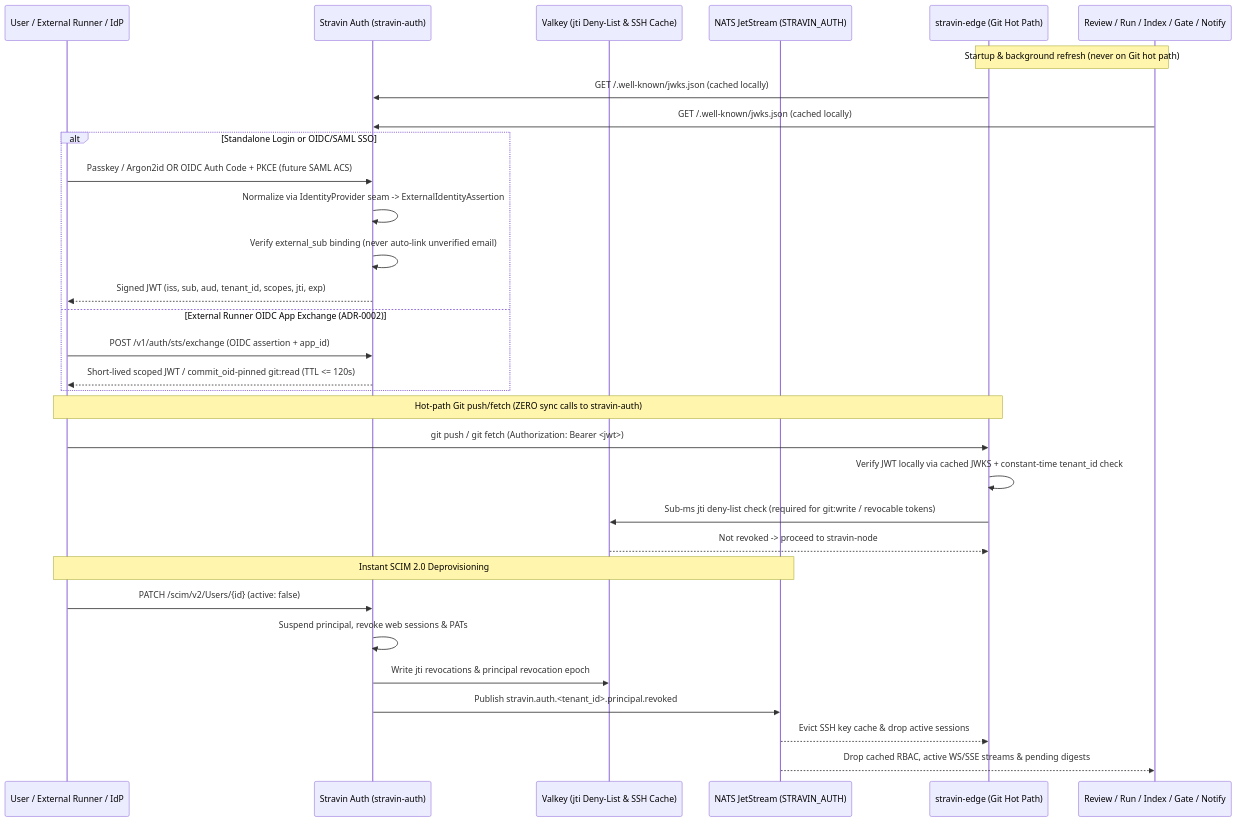
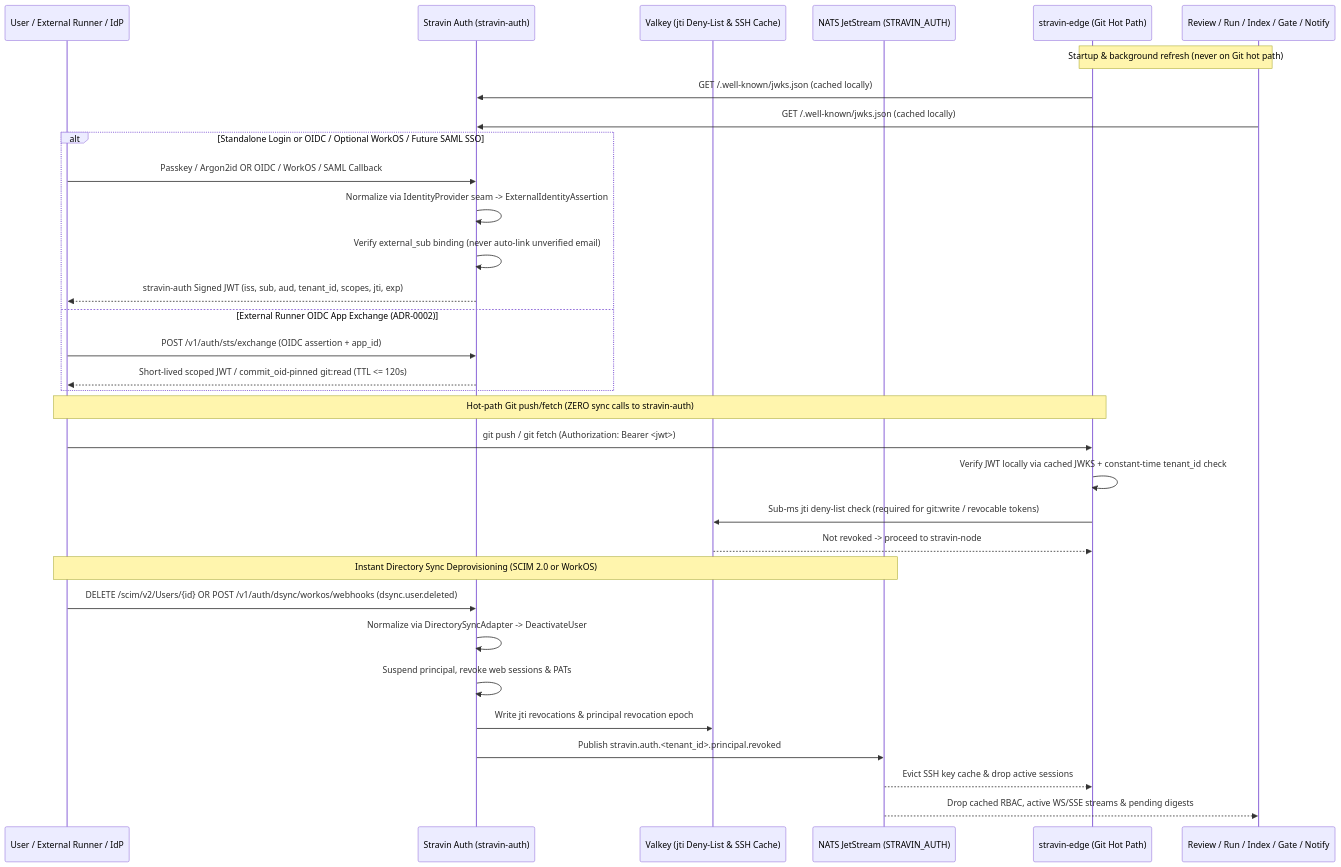
The diagram in docs/interfaces/platform-auth.md (stravin-dev/architecture), drawn with Mermaid before and after one commit. The commit also changed other lines of this file and 1 other file, not shown here.

Commit message:
docs: add DirectorySyncAdapter seam and optional WorkOS adapter to ADR-0003 and platform-auth

````diff
--- a/docs/interfaces/platform-auth.md
+++ b/docs/interfaces/platform-auth.md
@@ -20,37 +20,38 @@
 ```mermaid
 sequenceDiagram
     participant User as User / External Runner / IdP
     participant Auth as Stravin Auth (stravin-auth)
     participant Valkey as Valkey (jti Deny-List & SSH Cache)
     participant NATS as NATS JetStream (STRAVIN_AUTH)
     participant Edge as stravin-edge (Git Hot Path)
     participant Products as Review / Run / Index / Gate / Notify
 
     Note over Edge,Products: Startup & background refresh (never on Git hot path)
     Edge->>Auth: GET /.well-known/jwks.json (cached locally)
     Products->>Auth: GET /.well-known/jwks.json (cached locally)
 
-    alt Standalone Login or OIDC/SAML SSO
-        User->>Auth: Passkey / Argon2id OR OIDC Auth Code + PKCE (future SAML ACS)
+    alt Standalone Login or OIDC / Optional WorkOS / Future SAML SSO
+        User->>Auth: Passkey / Argon2id OR OIDC / WorkOS / SAML Callback
         Auth->>Auth: Normalize via IdentityProvider seam -> ExternalIdentityAssertion
         Auth->>Auth: Verify external_sub binding (never auto-link unverified email)
-        Auth-->>User: Signed JWT (iss, sub, aud, tenant_id, scopes, jti, exp)
+        Auth-->>User: stravin-auth Signed JWT (iss, sub, aud, tenant_id, scopes, jti, exp)
     else External Runner OIDC App Exchange (ADR-0002)
         User->>Auth: POST /v1/auth/sts/exchange (OIDC assertion + app_id)
         Auth-->>User: Short-lived scoped JWT / commit_oid-pinned git:read (TTL <= 120s)
     end
 
     Note over User,Edge: Hot-path Git push/fetch (ZERO sync calls to stravin-auth)
     User->>Edge: git push / git fetch (Authorization: Bearer <jwt>)
     Edge->>Edge: Verify JWT locally via cached JWKS + constant-time tenant_id check
     Edge->>Valkey: Sub-ms jti deny-list check (required for git:write / revocable tokens)
     Valkey-->>Edge: Not revoked -> proceed to stravin-node
 
-    Note over User,NATS: Instant SCIM 2.0 Deprovisioning
-    User->>Auth: PATCH /scim/v2/Users/{id} (active: false)
+    Note over User,NATS: Instant Directory Sync Deprovisioning (SCIM 2.0 or WorkOS)
+    User->>Auth: DELETE /scim/v2/Users/{id} OR POST /v1/auth/dsync/workos/webhooks (dsync.user.deleted)
+    Auth->>Auth: Normalize via DirectorySyncAdapter -> DeactivateUser
     Auth->>Auth: Suspend principal, revoke web sessions & PATs
     Auth->>Valkey: Write jti revocations & principal revocation epoch
     Auth->>NATS: Publish stravin.auth.<tenant_id>.principal.revoked
     NATS-->>Edge: Evict SSH key cache & drop active sessions
     NATS-->>Products: Drop cached RBAC, active WS/SSE streams & pending digests
 ```
````
